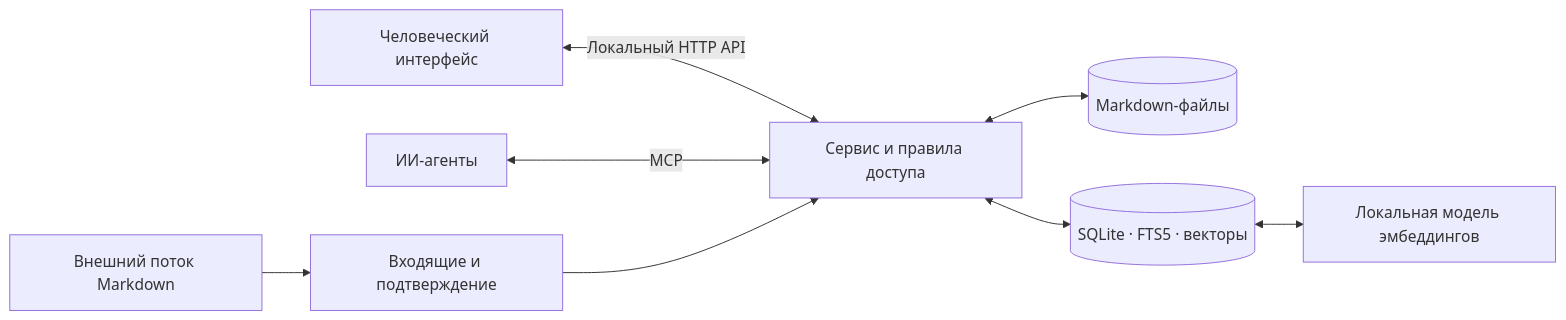
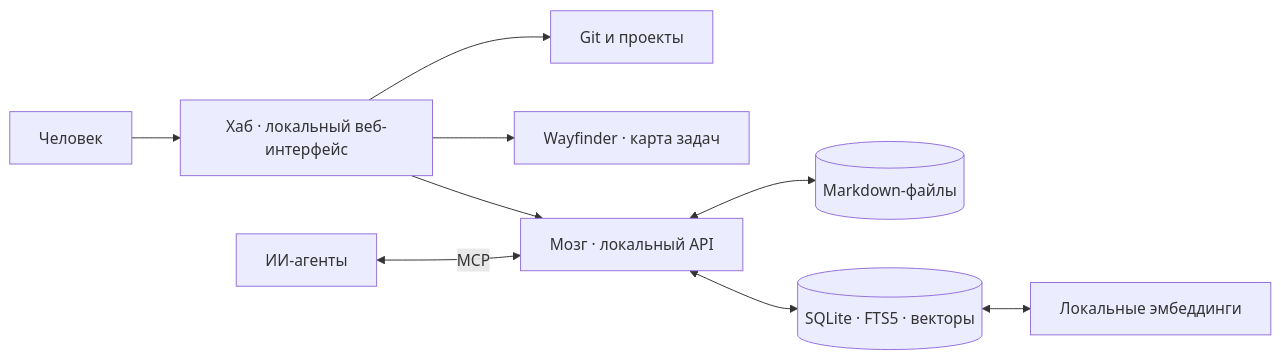
One commit to kokodede32433-cmd/second-brain-showcase changed the diagram in README.md. Above: the diagram before and after it, drawn with Mermaid. The commit also changed other lines of this file and 8 other files, not shown here.

Commit message:
Build interactive studio showcase with Git and Wayfinder

````diff
--- a/README.md
+++ b/README.md
@@ -36,10 +35,11 @@
 ```mermaid
 flowchart LR
-    A[Внешний поток Markdown] --> I[Входящие и подтверждение]
-    H[Человеческий интерфейс] <-->|Локальный HTTP API| S[Сервис и правила доступа]
-    G[ИИ-агенты] <-->|MCP| S
-    I --> S
-    S <--> M[(Markdown-файлы)]
-    S <--> D[(SQLite · FTS5 · векторы)]
-    D <--> E[Локальная модель эмбеддингов]
+    U[Человек] --> H[Хаб · локальный веб-интерфейс]
+    H --> G[Git и проекты]
+    H --> W[Wayfinder · карта задач]
+    H --> B[Мозг · локальный API]
+    A[ИИ-агенты] <-->|MCP| B
+    B <--> M[(Markdown-файлы)]
+    B <--> S[(SQLite · FTS5 · векторы)]
+    S <--> E[Локальные эмбеддинги]
 ```
````
